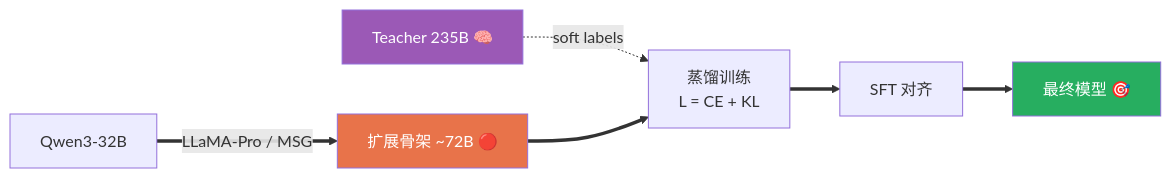
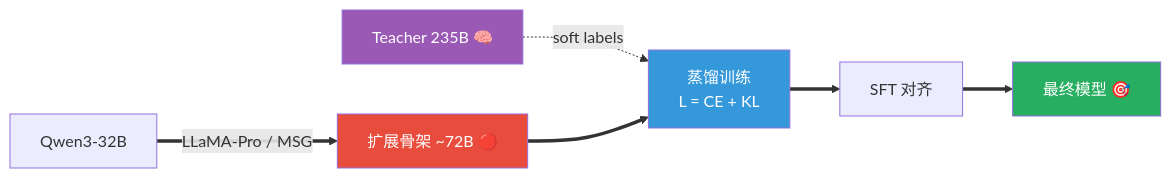
Before and after one commit to jianzhnie/PCL-Model-Kit: the ninth of 15 diagrams in docs/llm_param_expansion.md, drawn with Mermaid. The commit also changed other lines of this file, not shown here.

````diff
--- a/docs/llm_param_expansion.md
+++ b/docs/llm_param_expansion.md
@@ -292,9 +340,12 @@
 ```mermaid
 graph LR
     SMALL["Qwen3-32B"] ==>|"LLaMA-Pro / MSG"| EXPANDED["扩展骨架 ~72B 🔴"]
-    TEACHER["Teacher 235B 🧠"] -.->|soft labels| DISTILL["蒸馏训练<br/>L = CE + KL"]
-    EXPANDED ==> DISTILL ==> SFT["SFT 对齐"] ==> FINAL["最终模型 🎯"]
+    TEACHER["Teacher 235B 🧠"] -.->|soft labels| DISTILL["蒸馏训练\nL = CE + KL"]
+    EXPANDED ==> DISTILL
+    DISTILL ==> SFT["SFT 对齐"]
+    SFT ==> FINAL["最终模型 🎯"]
     style TEACHER fill:#9B59B6,color:#fff
+    style EXPANDED fill:#E74C3C,color:#fff
+    style DISTILL fill:#3498DB,color:#fff
     style FINAL fill:#27AE60,color:#fff
-    style EXPANDED fill:#E8734A,color:#fff
 ```
````
